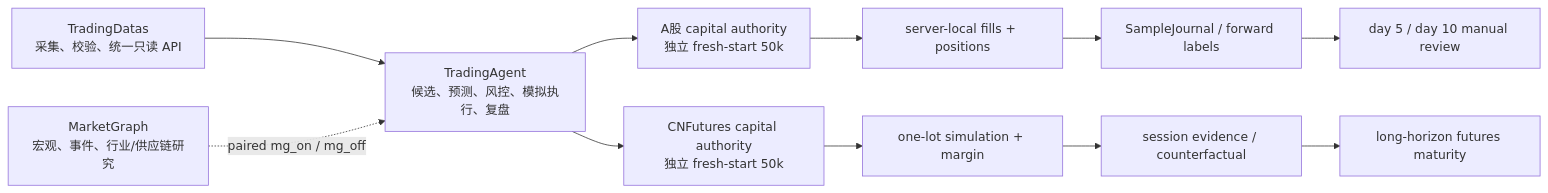
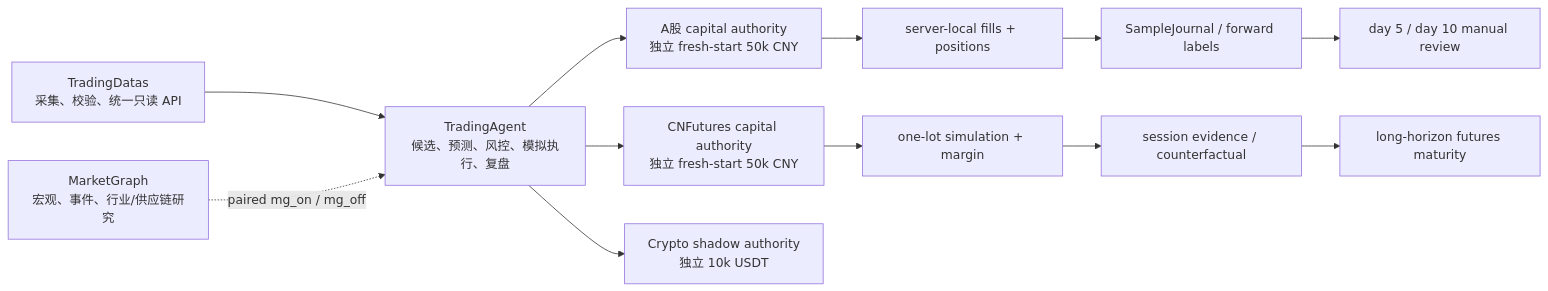
One commit to NicholasHan1226/Tradingagent.cc changed the first of 3 diagrams in docs/architecture.md. Above: the diagram before and after it, drawn with Mermaid. The commit also changed other lines of this file and 292 other files, not shown here.

````diff
--- a/docs/architecture.md
+++ b/docs/architecture.md
@@ -15,13 +15,14 @@
 ```mermaid
 flowchart LR
     TD["TradingDatas\n采集、校验、统一只读 API"] --> TA["TradingAgent\n候选、预测、风控、模拟执行、复盘"]
     MG["MarketGraph\n宏观、事件、行业/供应链研究"] -. "paired mg_on / mg_off" .-> TA
-    TA --> AC["A股 capital authority\n独立 fresh-start 50k"]
-    TA --> FC["CNFutures capital authority\n独立 fresh-start 50k"]
+    TA --> AC["A股 capital authority\n独立 fresh-start 50k CNY"]
+    TA --> FC["CNFutures capital authority\n独立 fresh-start 50k CNY"]
+    TA --> CC["Crypto shadow authority\n独立 10k USDT"]
     AC --> AE["server-local fills + positions"]
     FC --> FE["one-lot simulation + margin"]
     AE --> SJ["SampleJournal / forward labels"]
     FE --> FS["session evidence / counterfactual"]
     SJ --> AM["day 5 / day 10 manual review"]
     FS --> FM["long-horizon futures maturity"]
 ```
````
